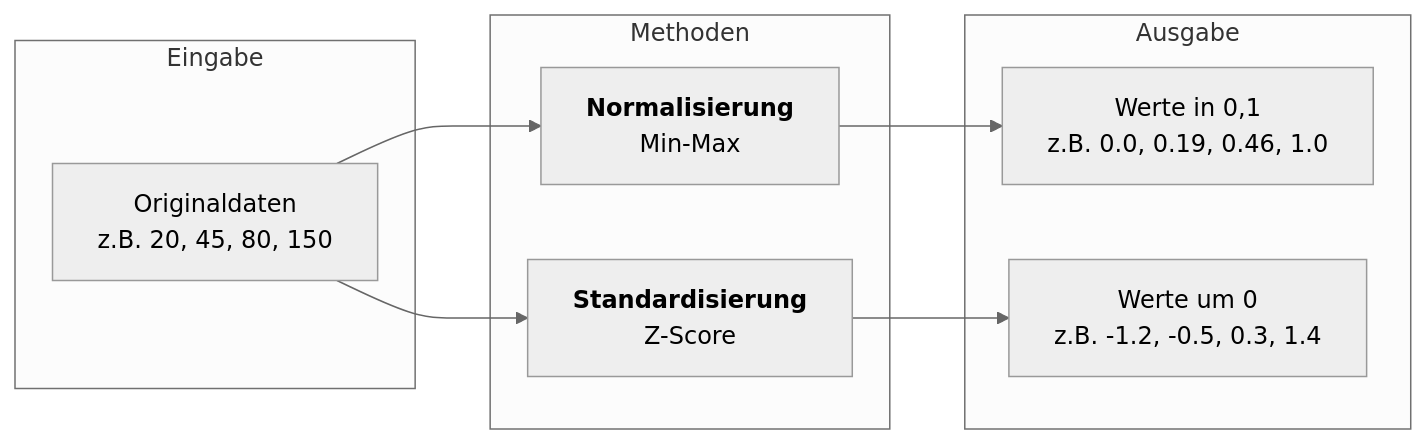
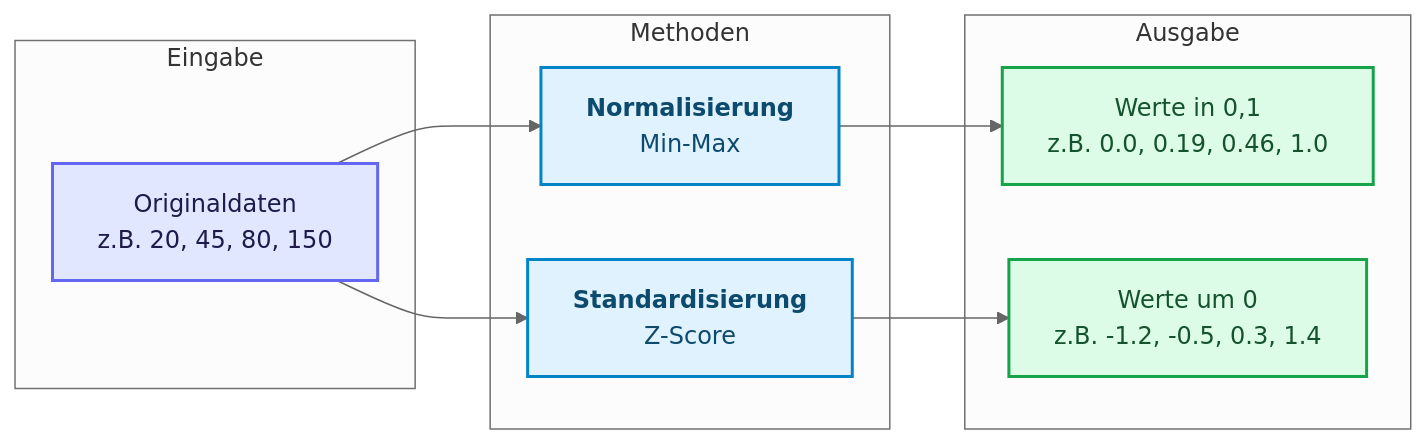
One commit to ralf-42/ML_Intro changed the second of 4 diagrams in docs/concepts/prepare/skalierung.md. Above: the diagram before and after it, drawn with Mermaid (neutral theme). The commit also changed other lines of this file and 49 other files, not shown here.

````diff
--- a/docs/concepts/prepare/skalierung.md
+++ b/docs/concepts/prepare/skalierung.md
@@ -89,21 +89,28 @@
 ```mermaid
 flowchart LR
     subgraph input[Eingabe]
         A[Originaldaten<br/>z.B. 20, 45, 80, 150]
     end
     
     subgraph methods[Methoden]
         B[<b>Normalisierung</b><br/>Min-Max]
         C[<b>Standardisierung</b><br/>Z-Score]
     end
     
     subgraph output[Ausgabe]
         D[Werte in 0,1<br/>z.B. 0.0, 0.19, 0.46, 1.0]
         E[Werte um 0<br/>z.B. -1.2, -0.5, 0.3, 1.4]
     end
     
     A --> B
     A --> C
     B --> D
     C --> E
+
+    classDef default fill:#e0f2fe,stroke:#0284c7,stroke-width:2px,color:#0c4a6e;
+    classDef input fill:#e0e7ff,stroke:#6366f1,stroke-width:2px,color:#1e1b4b;
+    classDef output fill:#dcfce7,stroke:#16a34a,stroke-width:2px,color:#14532d;
+
+    class A input;
+    class D,E output;
 ```
````
